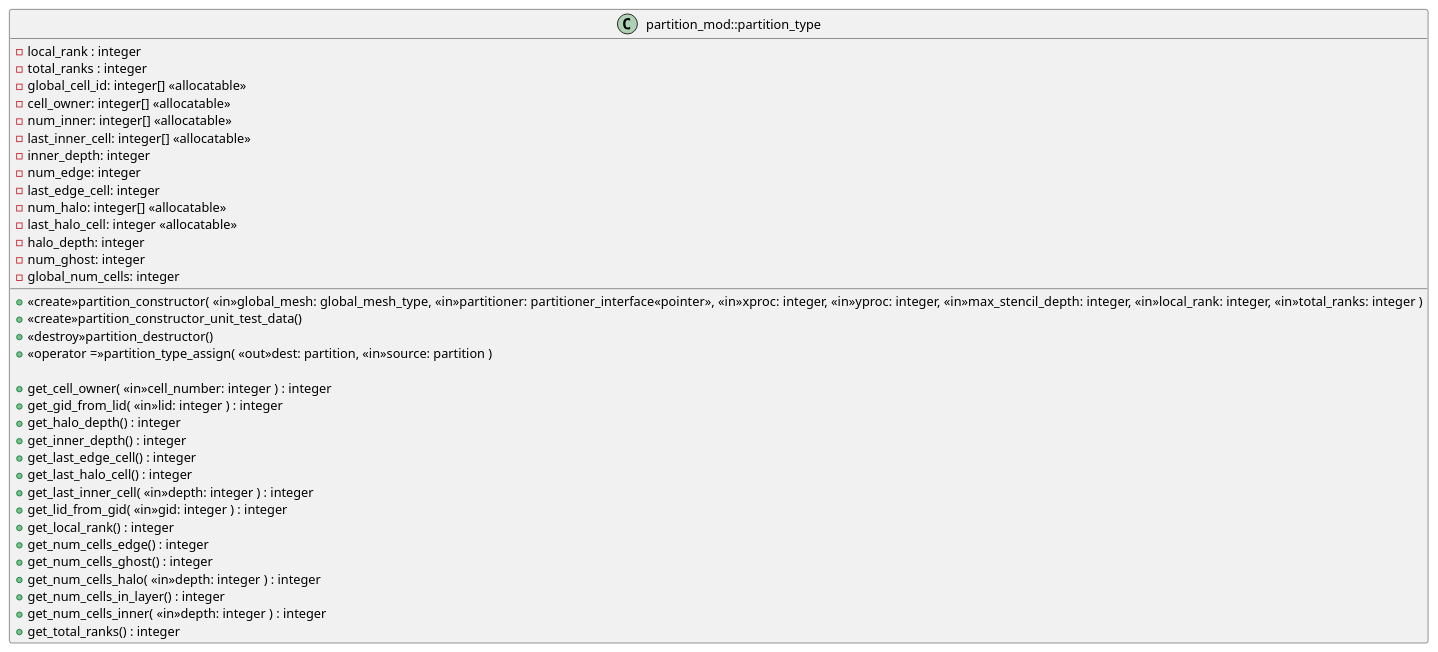
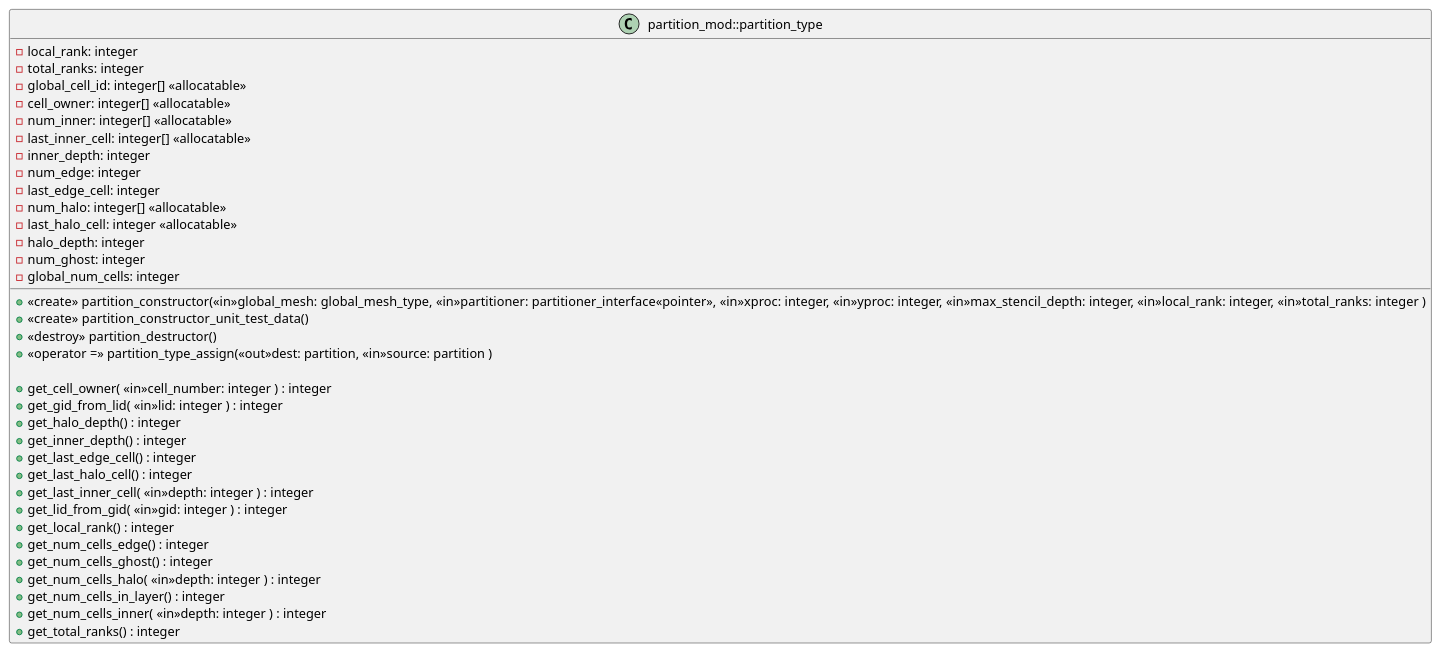
One commit to stfc/lfric_core changed the diagram in documentation/uml/setup/partition_mod.iuml. Above: the diagram before and after it, drawn with PlantUML. The commit also changed 88 other files, not shown here.

```diff
--- a/documentation/uml/setup/partition_mod.iuml
+++ b/documentation/uml/setup/partition_mod.iuml
@@ -1,37 +1,37 @@
 class partition_mod::partition_type {
-  -local_rank : integer
-  -total_ranks : integer
+  -local_rank: integer
+  -total_ranks: integer
   -global_cell_id: integer[] <<allocatable>>
   -cell_owner: integer[] <<allocatable>>
   -num_inner: integer[] <<allocatable>>
   -last_inner_cell: integer[] <<allocatable>>
   -inner_depth: integer
   -num_edge: integer
   -last_edge_cell: integer
   -num_halo: integer[] <<allocatable>>
   -last_halo_cell: integer <<allocatable>>
   -halo_depth: integer
   -num_ghost: integer
   -global_num_cells: integer
 
-  +<<create>>partition_constructor( <<in>>global_mesh: global_mesh_type, <<in>>partitioner: partitioner_interface<<pointer>>, <<in>>xproc: integer, <<in>>yproc: integer, <<in>>max_stencil_depth: integer, <<in>>local_rank: integer, <<in>>total_ranks: integer )
-  +<<create>>partition_constructor_unit_test_data()
-  +<<destroy>>partition_destructor()
-  +<<operator =>>partition_type_assign( <<out>>dest: partition, <<in>>source: partition )
+  +<<create>>  partition_constructor(<<in>>global_mesh: global_mesh_type, <<in>>partitioner: partitioner_interface<<pointer>>, <<in>>xproc: integer, <<in>>yproc: integer, <<in>>max_stencil_depth: integer, <<in>>local_rank: integer, <<in>>total_ranks: integer )
+  +<<create>>  partition_constructor_unit_test_data()
+  +<<destroy>> partition_destructor()
+  +<<operator =>> partition_type_assign(<<out>>dest: partition, <<in>>source: partition )
 
   +get_cell_owner( <<in>>cell_number: integer ) : integer
   +get_gid_from_lid( <<in>>lid: integer ) : integer
   +get_halo_depth() : integer
   +get_inner_depth() : integer
   +get_last_edge_cell() : integer
   +get_last_halo_cell() : integer
   +get_last_inner_cell( <<in>>depth: integer ) : integer
   +get_lid_from_gid( <<in>>gid: integer ) : integer
   +get_local_rank() : integer
   +get_num_cells_edge() : integer
   +get_num_cells_ghost() : integer
   +get_num_cells_halo( <<in>>depth: integer ) : integer
   +get_num_cells_in_layer() : integer
   +get_num_cells_inner( <<in>>depth: integer ) : integer
   +get_total_ranks() : integer
 }
```
